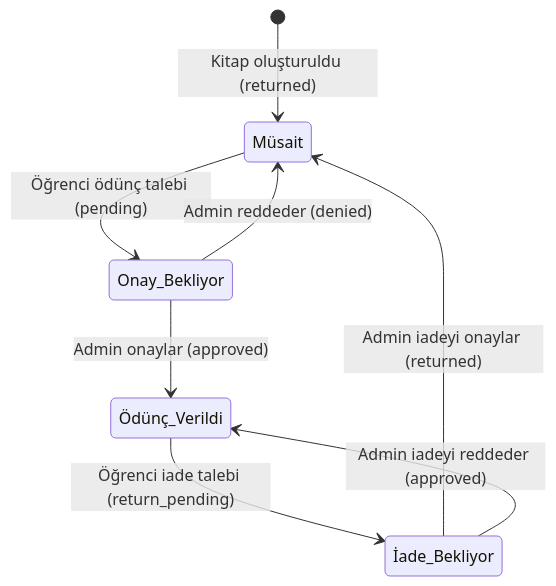
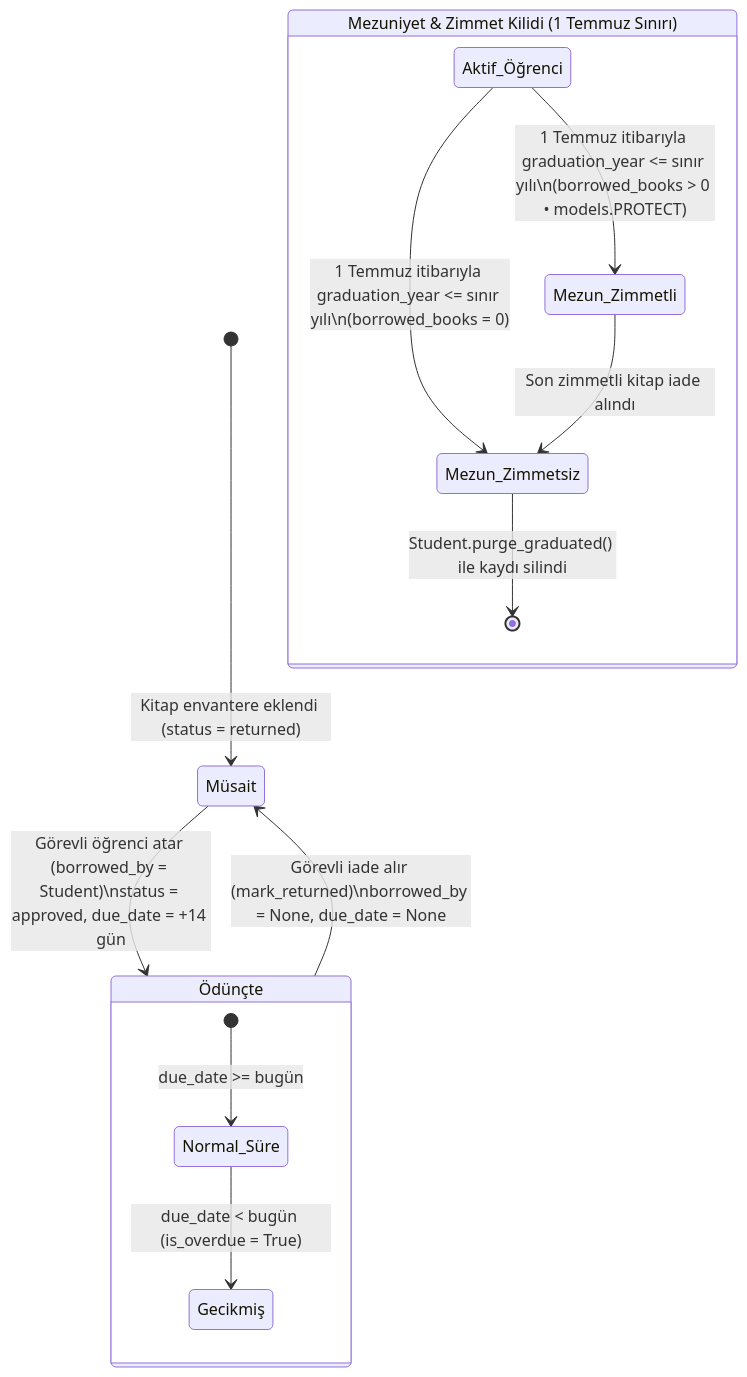
Before and after one commit to Woffluon/skallibrary: the second of 2 diagrams in README.md, drawn with Mermaid. The commit also changed other lines of this file and 2 other files, not shown here.

````diff
--- a/README.md
+++ b/README.md
@@ -7,13 +68,20 @@
 ```mermaid
 stateDiagram-v2
-    [*] --> Müsait: Kitap oluşturuldu (returned)
+    [*] --> Müsait: Kitap envantere eklendi (status = returned)
 
-    Müsait --> Onay_Bekliyor: Öğrenci ödünç talebi (pending)
+    Müsait --> Ödünçte: Görevli öğrenci atar (borrowed_by = Student)\nstatus = approved, due_date = +14 gün
 
-    Onay_Bekliyor --> Ödünç_Verildi: Admin onaylar (approved)
-    Onay_Bekliyor --> Müsait: Admin reddeder (denied)
+    state Ödünçte {
+        [*] --> Normal_Süre: due_date >= bugün
+        Normal_Süre --> Gecikmiş: due_date < bugün (is_overdue = True)
+    }
 
-    Ödünç_Verildi --> İade_Bekliyor: Öğrenci iade talebi (return_pending)
-    İade_Bekliyor --> Müsait: Admin iadeyi onaylar (returned)
-    İade_Bekliyor --> Ödünç_Verildi: Admin iadeyi reddeder (approved)
+    Ödünçte --> Müsait: Görevli iade alır (mark_returned)\nborrowed_by = None, due_date = None
+
+    state "Mezuniyet & Zimmet Kilidi (1 Temmuz Sınırı)" as Grad {
+        Aktif_Öğrenci --> Mezun_Zimmetsiz: 1 Temmuz itibarıyla graduation_year <= sınır yılı\n(borrowed_books = 0)
+        Aktif_Öğrenci --> Mezun_Zimmetli: 1 Temmuz itibarıyla graduation_year <= sınır yılı\n(borrowed_books > 0 • models.PROTECT)
+        Mezun_Zimmetli --> Mezun_Zimmetsiz: Son zimmetli kitap iade alındı
+        Mezun_Zimmetsiz --> [*]: Student.purge_graduated() ile kaydı silindi
+    }
 ```
````
